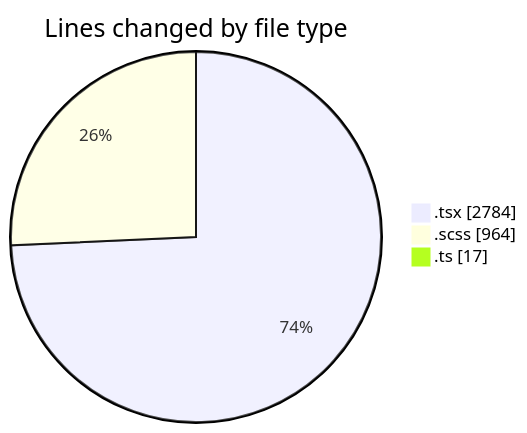
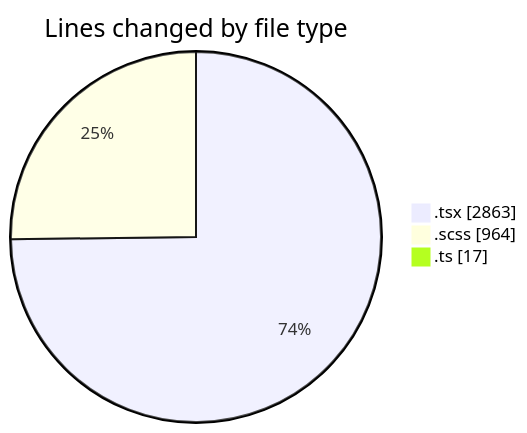
Before and after one commit to momahboobian/code-tracking: the first of 2 diagrams in 2025-09-19/cda/README.md, drawn with Mermaid. The commit also changed other lines of this file and 1 other file, not shown here.

````diff
--- a/2025-09-19/cda/README.md
+++ b/2025-09-19/cda/README.md
@@ -26,7 +26,7 @@
 ```mermaid
 pie showData
 title Lines changed by file type
-".tsx" : 2784
+".tsx" : 2863
 ".scss" : 964
 ".ts" : 17
 ```
````
